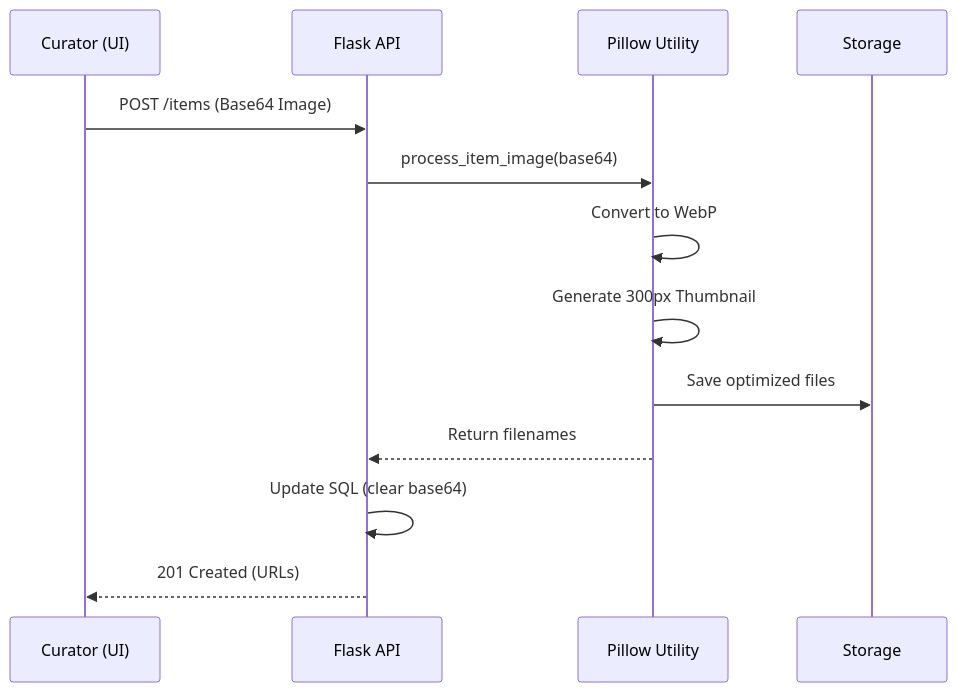
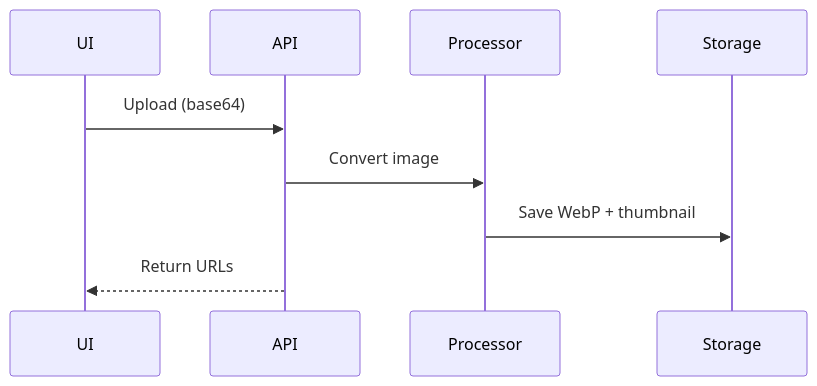
Before and after one commit to QuidamF/fandex: the second of 3 diagrams in README.md, drawn with Mermaid. The commit also changed other lines of this file and 5 other files, not shown here.

````diff
--- a/README.md
+++ b/README.md
@@ -77,16 +154,12 @@
 ```mermaid
 sequenceDiagram
-    participant U as Curator (UI)
-    participant A as Flask API
-    participant P as Pillow Utility
-    participant S as Storage
+    participant UI
+    participant API
+    participant Processor
+    participant Storage
 
-    U->>A: POST /items (Base64 Image)
-    A->>P: process_item_image(base64)
-    P->>P: Convert to WebP
-    P->>P: Generate 300px Thumbnail
-    P->>S: Save optimized files
-    P-->>A: Return filenames
-    A->>A: Update SQL (clear base64)
-    A-->>U: 201 Created (URLs)
+    UI->>API: Upload (base64)
+    API->>Processor: Convert image
+    Processor->>Storage: Save WebP + thumbnail
+    API-->>UI: Return URLs
 ```
````
